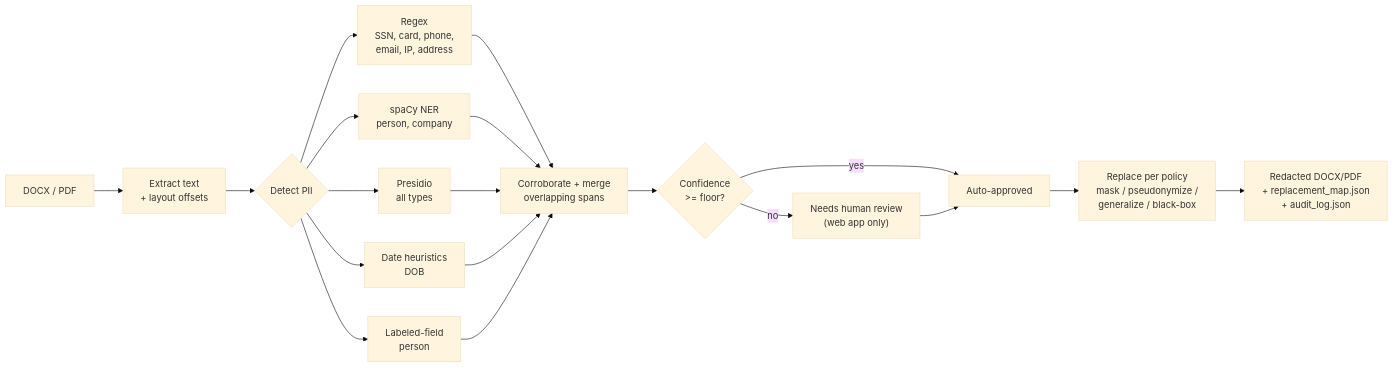
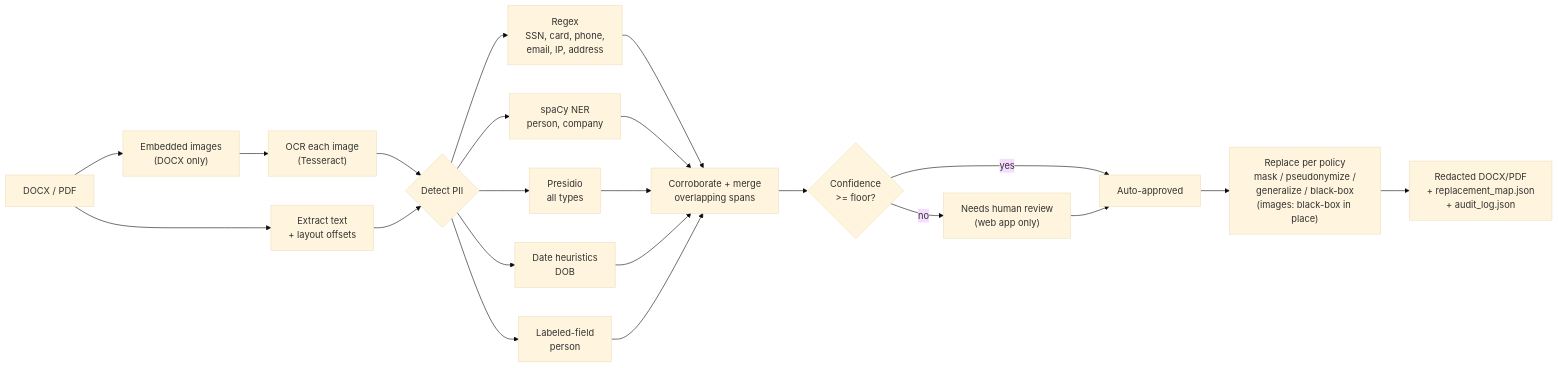
The first of 2 diagrams in README.md (Anakvyas/PII-Redaction-Tool), drawn with Mermaid (base theme) before and after one commit. The commit also changed other lines of this file, not shown here.

Commit message:
docs: document embedded-image PII redaction (scope, real test results, limitations)

````diff
--- a/README.md
+++ b/README.md
@@ -73,17 +74,20 @@
 ```mermaid
 flowchart LR
     A["DOCX / PDF"] --> B["Extract text<br/>+ layout offsets"]
+    A --> J["Embedded images<br/>(DOCX only)"]
+    J --> K["OCR each image<br/>(Tesseract)"]
+    K --> C
     B --> C{"Detect PII"}
     C --> C1["Regex<br/>SSN, card, phone,<br/>email, IP, address"]
     C --> C2["spaCy NER<br/>person, company"]
     C --> C3["Presidio<br/>all types"]
     C --> C4["Date heuristics<br/>DOB"]
     C --> C5["Labeled-field<br/>person"]
     C1 & C2 & C3 & C4 & C5 --> D["Corroborate + merge<br/>overlapping spans"]
     D --> E{"Confidence<br/>>= floor?"}
     E -- yes --> F["Auto-approved"]
     E -- no --> G["Needs human review<br/>(web app only)"]
     G --> F
-    F --> H["Replace per policy<br/>mask / pseudonymize /<br/>generalize / black-box"]
+    F --> H["Replace per policy<br/>mask / pseudonymize /<br/>generalize / black-box<br/>(images: black-box in place)"]
     H --> I["Redacted DOCX/PDF<br/>+ replacement_map.json<br/>+ audit_log.json"]
 ```
````
